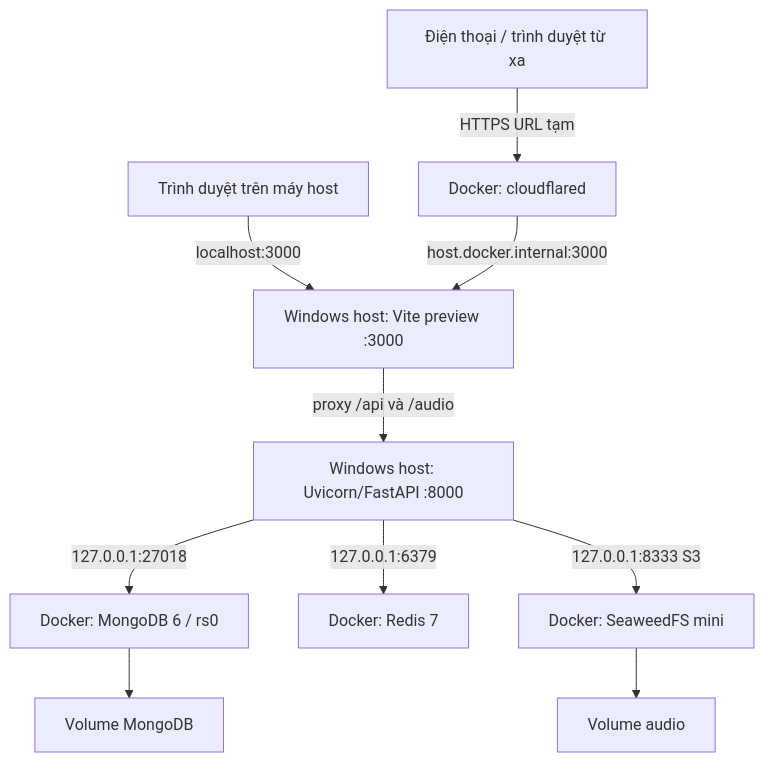
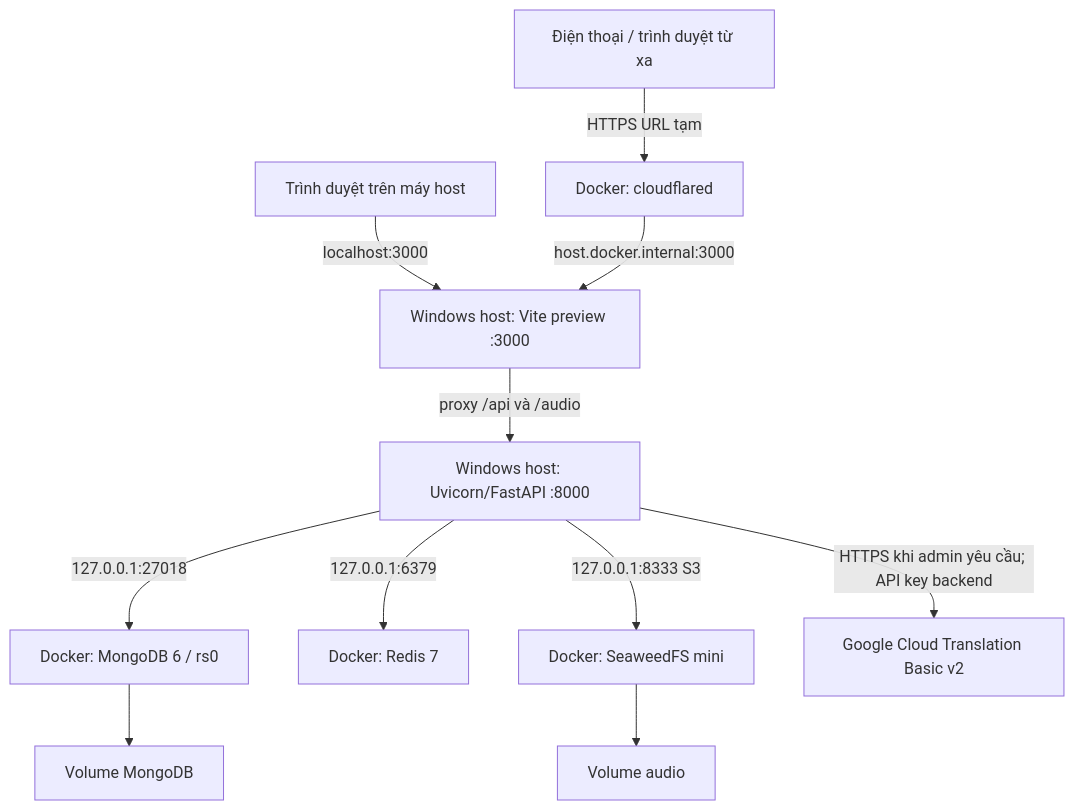
One commit to BXXOYOUNG/multilingual-guide-services-saigon-zoo changed the second of 3 diagrams in docs/CURRENT_ARCHITECTURE.md. Above: the diagram before and after it, drawn with Mermaid. The commit also changed other lines of this file and 18 other files, not shown here.

Commit message:
Add reviewed admin translation preview and commit workflow

````diff
--- a/docs/CURRENT_ARCHITECTURE.md
+++ b/docs/CURRENT_ARCHITECTURE.md
@@ -68,12 +73,13 @@
 ```mermaid
 flowchart TB
   Phone[Điện thoại / trình duyệt từ xa] -->|HTTPS URL tạm| Tunnel[Docker: cloudflared]
   Desktop[Trình duyệt trên máy host] -->|localhost:3000| Vite
   Tunnel -->|host.docker.internal:3000| Vite[Windows host: Vite preview :3000]
   Vite -->|proxy /api và /audio| FastAPI[Windows host: Uvicorn/FastAPI :8000]
   FastAPI -->|127.0.0.1:27018| Mongo[Docker: MongoDB 6 / rs0]
   FastAPI -->|127.0.0.1:6379| Redis[Docker: Redis 7]
   FastAPI -->|127.0.0.1:8333 S3| Seaweed[Docker: SeaweedFS mini]
+  FastAPI -->|HTTPS khi admin yêu cầu; API key backend| Google[Google Cloud Translation Basic v2]
   Mongo --> DBVolume[Volume MongoDB]
   Seaweed --> MediaVolume[Volume audio]
 ```
````
